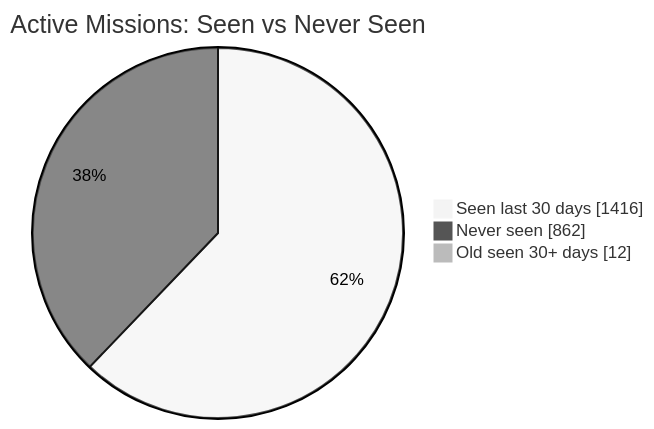
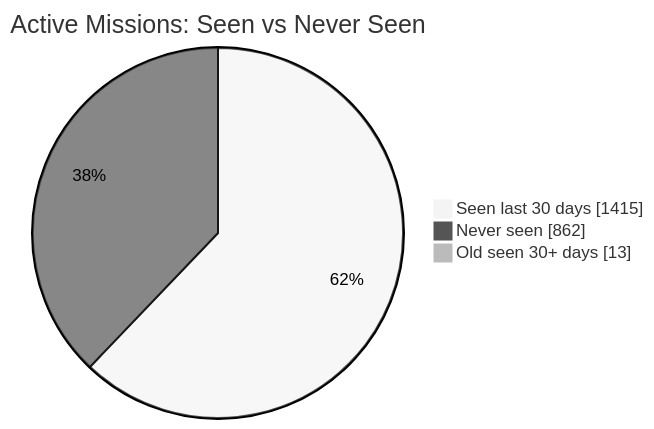
The first of 2 diagrams in README.md (MeldkamerspelGameTeam/active-missions), drawn with Mermaid (neutral theme) before and after one commit. The commit also changed other lines of this file and 3 other files, not shown here.

````diff
--- a/README.md
+++ b/README.md
@@ -34,7 +34,7 @@
 ```mermaid
 pie showData
     title Active Missions: Seen vs Never Seen
-    "Seen last 30 days" : 1416
+    "Seen last 30 days" : 1415
     "Never seen" : 862
-    "Old seen 30+ days" : 12
+    "Old seen 30+ days" : 13
 ```
````
